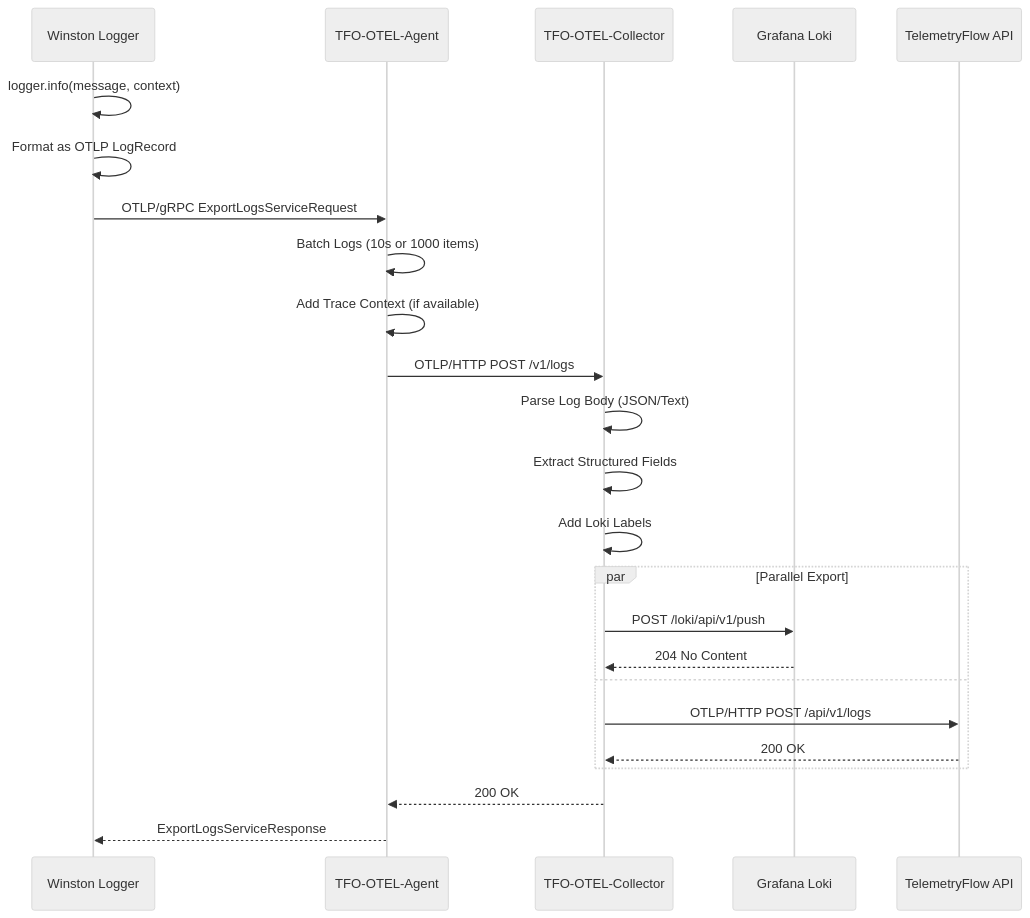
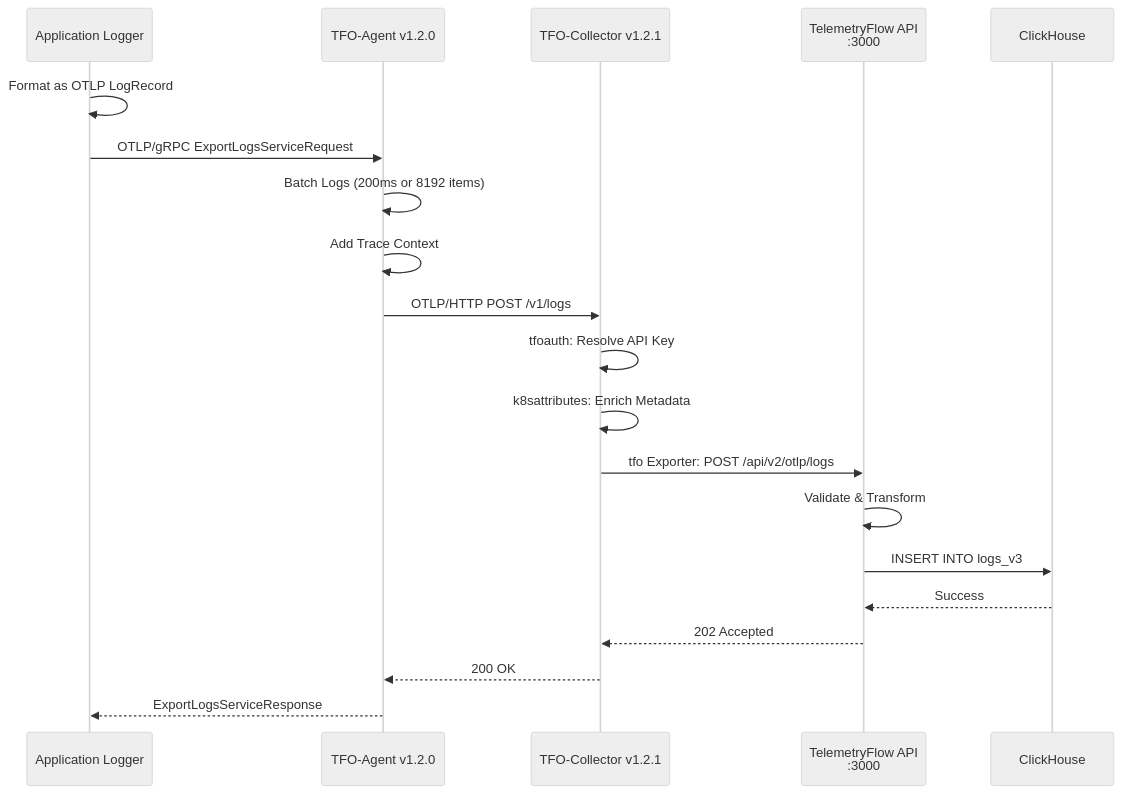
The fifth of 12 diagrams in tfo-otel/ARCHITECTURE.md (telemetryflow/telemetryflow-overview), drawn with Mermaid (neutral theme) before and after one commit. The commit also changed other lines of this file and 68 other files, not shown here.

````diff
--- a/tfo-otel/ARCHITECTURE.md
+++ b/tfo-otel/ARCHITECTURE.md
@@ -264,31 +248,25 @@
 ```mermaid
 sequenceDiagram
-    participant Winston as Winston Logger
-    participant Agent as TFO-OTEL-Agent
-    participant Collector as TFO-OTEL-Collector
-    participant Loki as Grafana Loki
-    participant TFO as TelemetryFlow API
+    participant Logger as Application Logger
+    participant Agent as TFO-Agent v1.2.0
+    participant Collector as TFO-Collector v1.2.1
+    participant TFO as TelemetryFlow API<br/>:3000
+    participant CH as ClickHouse
 
-    Winston->>Winston: logger.info(message, context)
-    Winston->>Winston: Format as OTLP LogRecord
-
-    Winston->>Agent: OTLP/gRPC ExportLogsServiceRequest
-    Agent->>Agent: Batch Logs (10s or 1000 items)
-    Agent->>Agent: Add Trace Context (if available)
+    Logger->>Logger: Format as OTLP LogRecord
+    Logger->>Agent: OTLP/gRPC ExportLogsServiceRequest
+    Agent->>Agent: Batch Logs (200ms or 8192 items)
+    Agent->>Agent: Add Trace Context
 
     Agent->>Collector: OTLP/HTTP POST /v1/logs
-    Collector->>Collector: Parse Log Body (JSON/Text)
-    Collector->>Collector: Extract Structured Fields
-    Collector->>Collector: Add Loki Labels
+    Collector->>Collector: tfoauth: Resolve API Key
+    Collector->>Collector: k8sattributes: Enrich Metadata
 
-    par Parallel Export
-        Collector->>Loki: POST /loki/api/v1/push
-        Loki-->>Collector: 204 No Content
-    and
-        Collector->>TFO: OTLP/HTTP POST /api/v1/logs
-        TFO-->>Collector: 200 OK
-    end
-
+    Collector->>TFO: tfo Exporter: POST /api/v2/otlp/logs
+    TFO->>TFO: Validate & Transform
+    TFO->>CH: INSERT INTO logs_v3
+    CH-->>TFO: Success
+    TFO-->>Collector: 202 Accepted
     Collector-->>Agent: 200 OK
-    Agent-->>Winston: ExportLogsServiceResponse
+    Agent-->>Logger: ExportLogsServiceResponse
 ```
````
